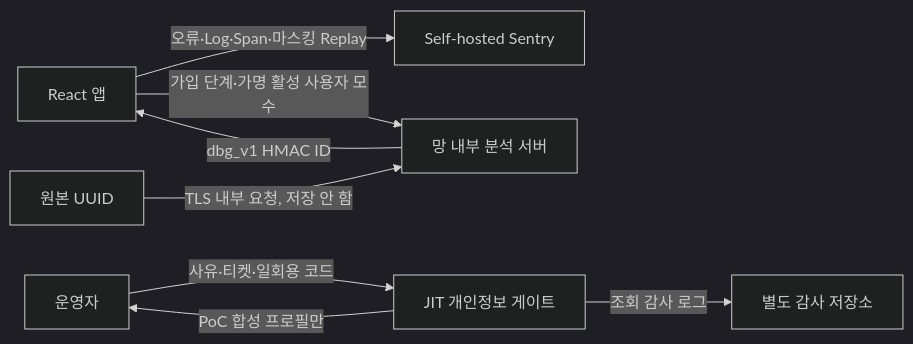
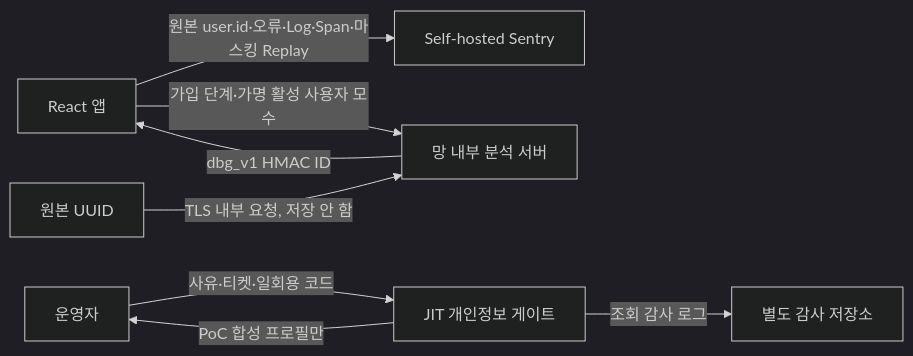
One commit to KumJungMin/sentry-closed-network-poc changed the diagram in docs/10-frontend-observability-design.md. Above: the diagram before and after it, drawn with Mermaid (dark theme). The commit also changed other lines of this file and 62 other files, not shown here.

````diff
--- a/docs/10-frontend-observability-design.md
+++ b/docs/10-frontend-observability-design.md
@@ -22,10 +24,10 @@
 ```mermaid
 flowchart LR
-    A[React 앱] -->|오류·Log·Span·마스킹 Replay| B[Self-hosted Sentry]
+    A[React 앱] -->|원본 user.id·오류·Log·Span·마스킹 Replay| B[Self-hosted Sentry]
     A -->|가입 단계·가명 활성 사용자 모수| C[망 내부 분석 서버]
     D[원본 UUID] -->|TLS 내부 요청, 저장 안 함| C
     C -->|dbg_v1 HMAC ID| A
     E[운영자] -->|사유·티켓·일회용 코드| F[JIT 개인정보 게이트]
     F -->|PoC 합성 프로필만| E
     F -->|조회 감사 로그| G[별도 감사 저장소]
 ```
````
